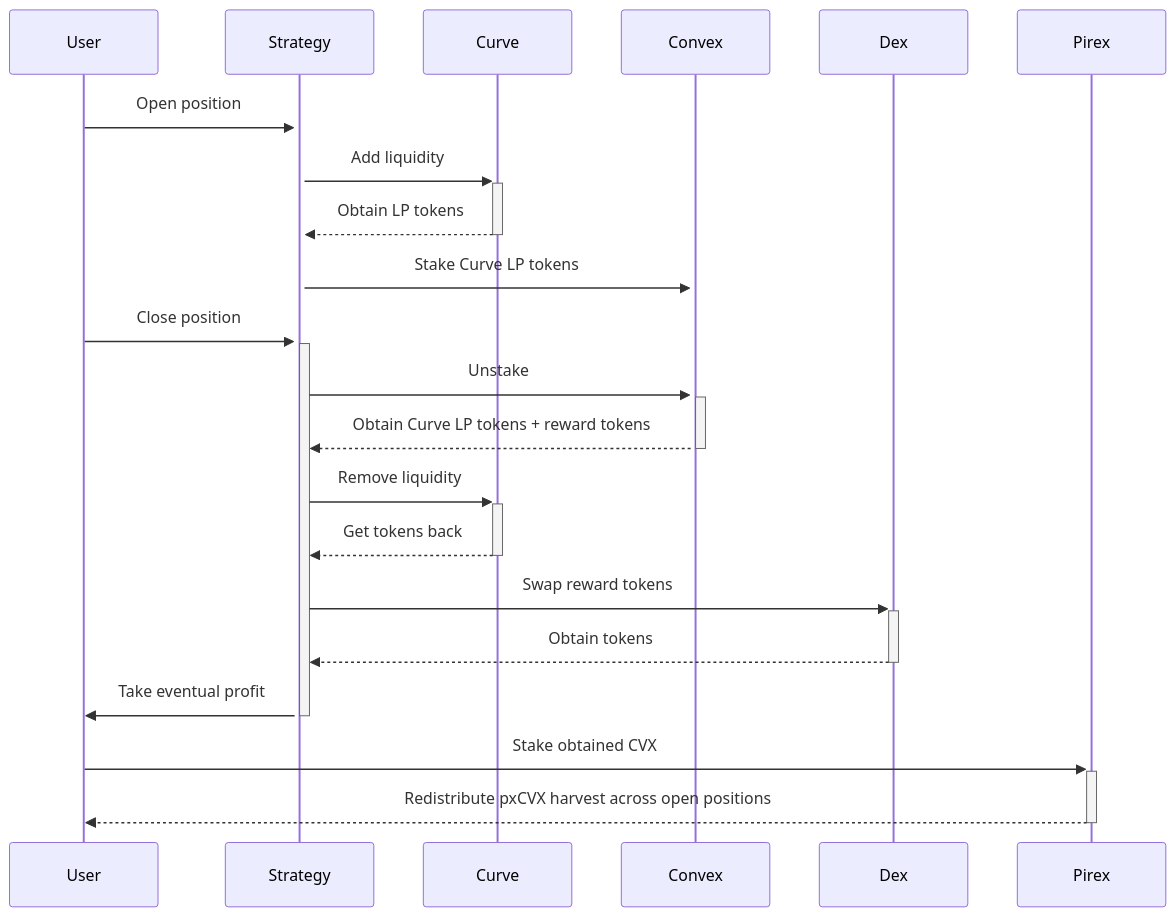
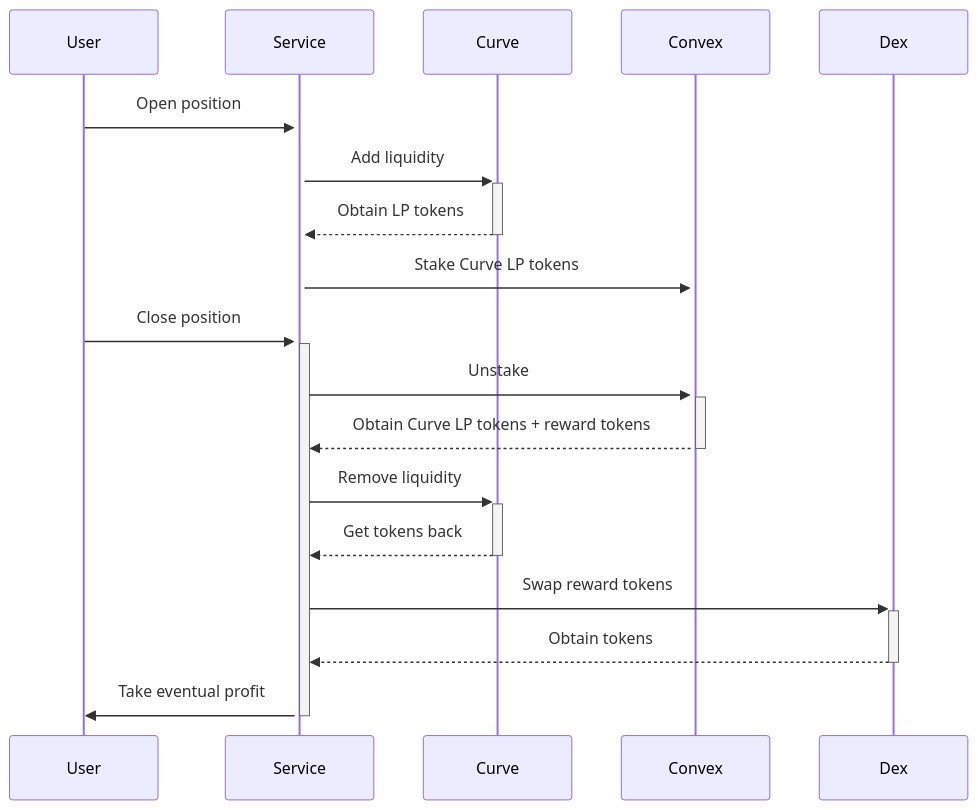
The diagram in docs/services/curve-wars.md (Ithil-protocol/docs), drawn with Mermaid before and after one commit. The commit also changed other lines of this file and 18 other files, not shown here.

````diff
--- a/docs/services/curve-wars.md
+++ b/docs/services/curve-wars.md
@@ -17,17 +17,15 @@
 ```mermaid
 sequenceDiagram
-    User->>+Strategy: Open position
-    Strategy->>+Curve: Add liquidity
-    Curve-->>-Strategy: Obtain LP tokens
-    Strategy->>+Convex: Stake Curve LP tokens
-    User->>+Strategy: Close position
-    Strategy->>+Convex: Unstake
-    Convex-->>-Strategy: Obtain Curve LP tokens + reward tokens
-    Strategy->>+Curve: Remove liquidity
-    Curve-->>-Strategy: Get tokens back
-    Strategy->>+Dex: Swap reward tokens
-    Dex-->>-Strategy: Obtain tokens
-    Strategy->>-User: Take eventual profit
-    User->>+Pirex: Stake obtained CVX
-    Pirex-->>-User: Redistribute pxCVX harvest across open positions
+    User->>+Service: Open position
+    Service->>+Curve: Add liquidity
+    Curve-->>-Service: Obtain LP tokens
+    Service->>+Convex: Stake Curve LP tokens
+    User->>+Service: Close position
+    Service->>+Convex: Unstake
+    Convex-->>-Service: Obtain Curve LP tokens + reward tokens
+    Service->>+Curve: Remove liquidity
+    Curve-->>-Service: Get tokens back
+    Service->>+Dex: Swap reward tokens
+    Dex-->>-Service: Obtain tokens
+    Service->>-User: Take eventual profit
 ```
````
